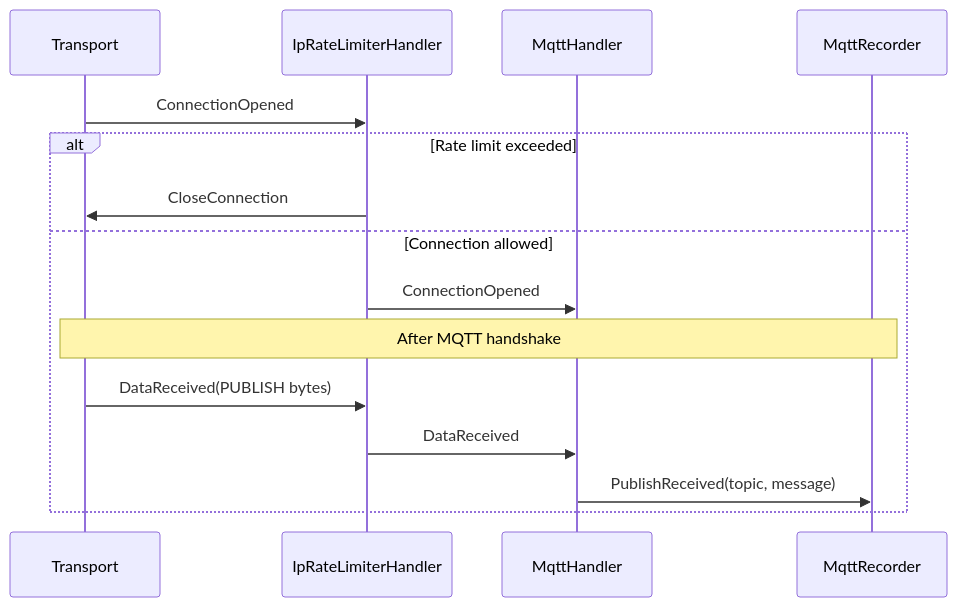
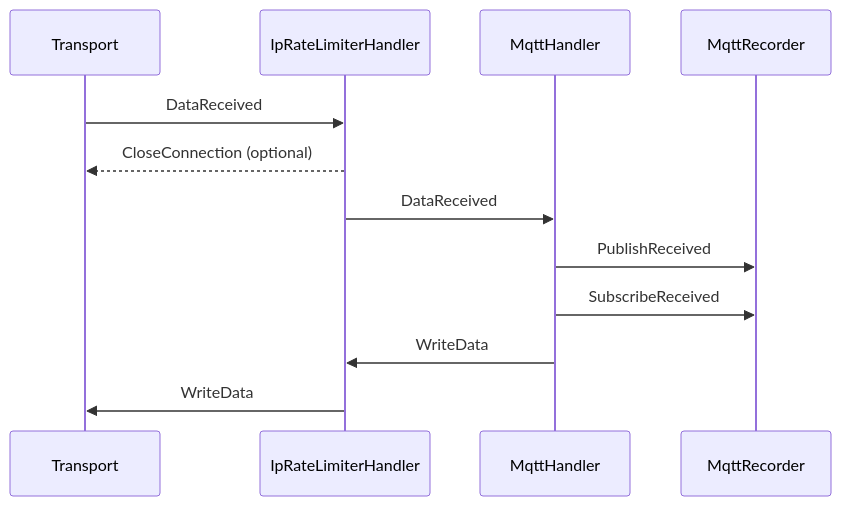
One commit to honeypotterdev/honeypotter changed the diagram in README.md. Above: the diagram before and after it, drawn with Mermaid. The commit also changed other lines of this file, not shown here.

````diff
--- a/README.md
+++ b/README.md
@@ -61,18 +61,15 @@
 ```mermaid
 sequenceDiagram
     participant IO as Transport
     participant IP as IpRateLimiterHandler
     participant M as MqttHandler
     participant R as MqttRecorder
 
-    IO->>IP: ConnectionOpened
-    alt Rate limit exceeded
-        IP->>IO: CloseConnection
-    else Connection allowed
-        IP->>M: ConnectionOpened
-        Note over IO,R: After MQTT handshake
-        IO->>IP: DataReceived(PUBLISH bytes)
-        IP->>M: DataReceived
-        M->>R: PublishReceived(topic, message)
-    end
+    IO->>IP: DataReceived
+    IP-->>IO: CloseConnection (optional)
+    IP->>M: DataReceived
+    M->>R: PublishReceived
+    M->>R: SubscribeReceived
+    M->>IP: WriteData
+    IP->>IO: WriteData
 ```
````
